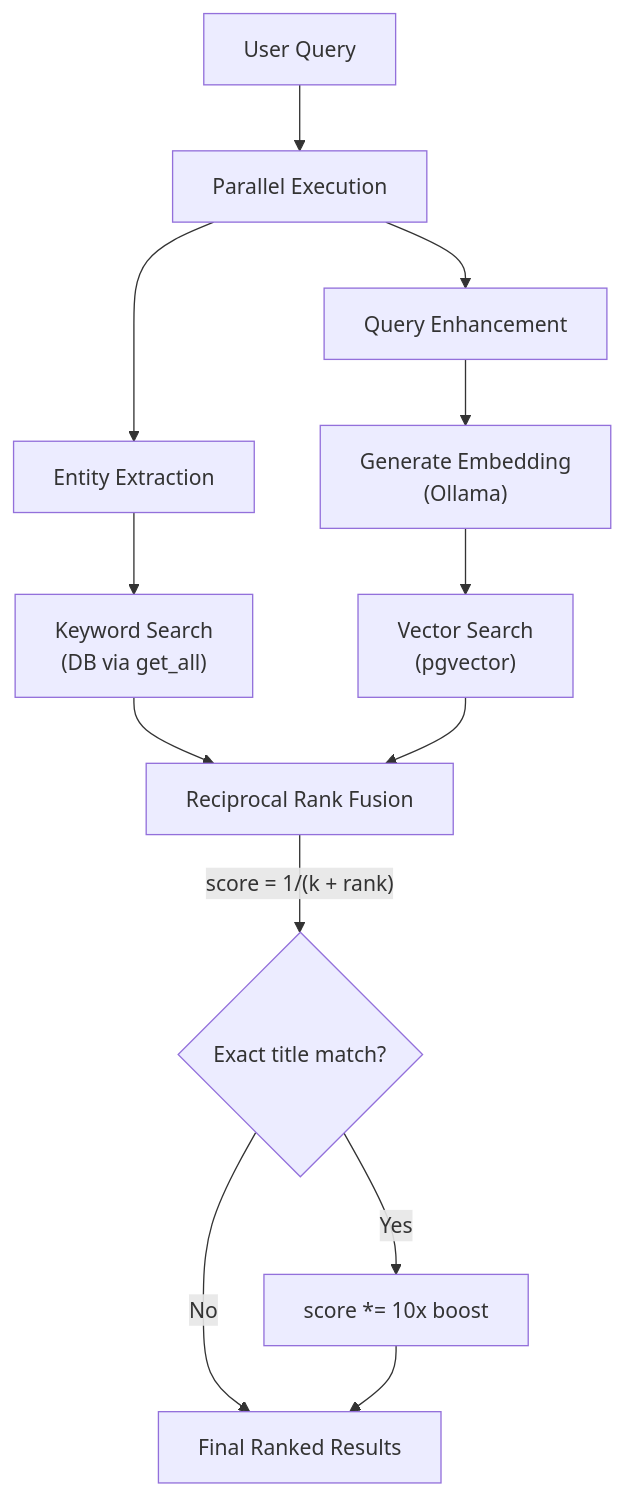
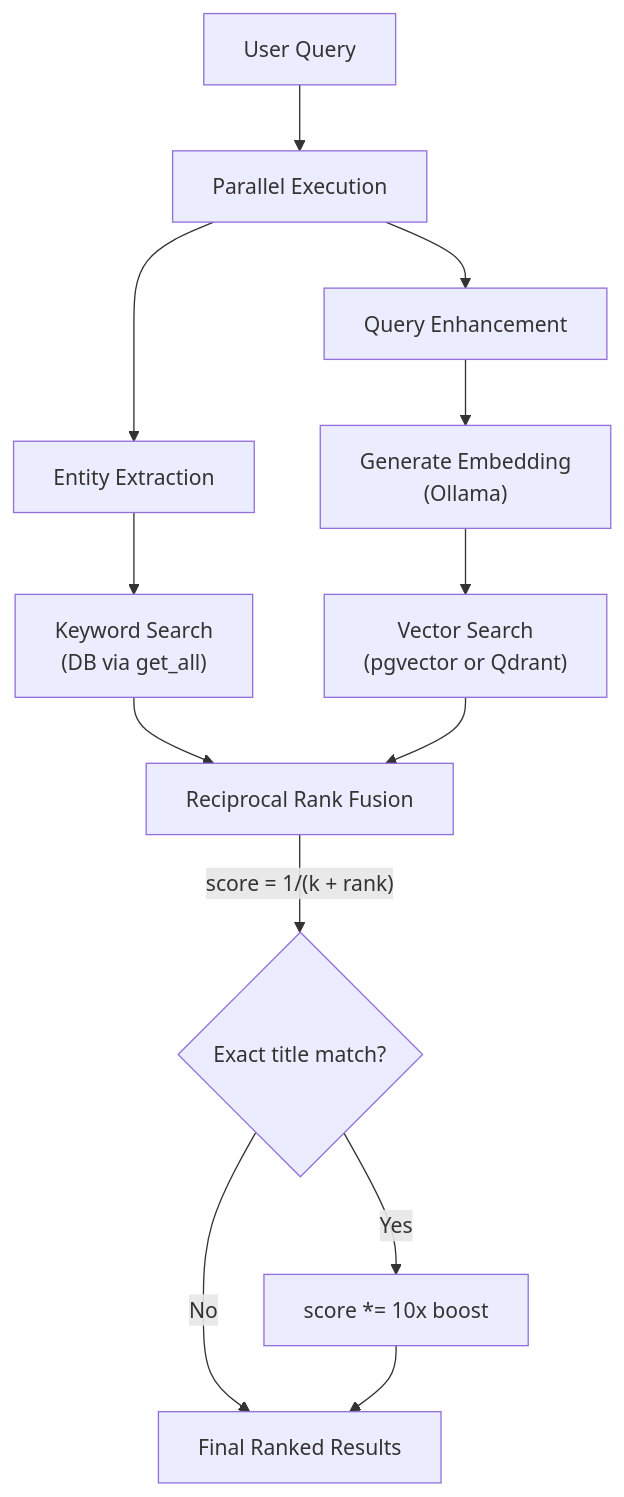
Before and after one commit to 1x2kb/dvd_categorize: the fourth of 5 diagrams in Documentation/Diagrams/SEARCH_FLOW.md, drawn with Mermaid. The commit also changed other lines of this file and 9 other files, not shown here.

````diff
--- a/Documentation/Diagrams/SEARCH_FLOW.md
+++ b/Documentation/Diagrams/SEARCH_FLOW.md
@@ -69,19 +72,19 @@
 ```mermaid
 flowchart TD
     Q["User Query"] --> Fork["Parallel Execution"]
 
     Fork --> Branch1["Entity Extraction"]
     Fork --> Branch2["Query Enhancement"]
 
     Branch1 --> KW["Keyword Search<br/>(DB via get_all)"]
     Branch2 --> Embed["Generate Embedding<br/>(Ollama)"]
-    Embed --> VS["Vector Search<br/>(pgvector)"]
+    Embed --> VS["Vector Search<br/>(pgvector or Qdrant)"]
 
     KW --> RRF["Reciprocal Rank Fusion"]
     VS --> RRF
 
     RRF --> |"score = 1/(k + rank)"| Boost{"Exact title match?"}
     Boost -->|Yes| BoostScore["score *= 10x boost"]
     Boost -->|No| Final["Final Ranked Results"]
     BoostScore --> Final
 ```
````
